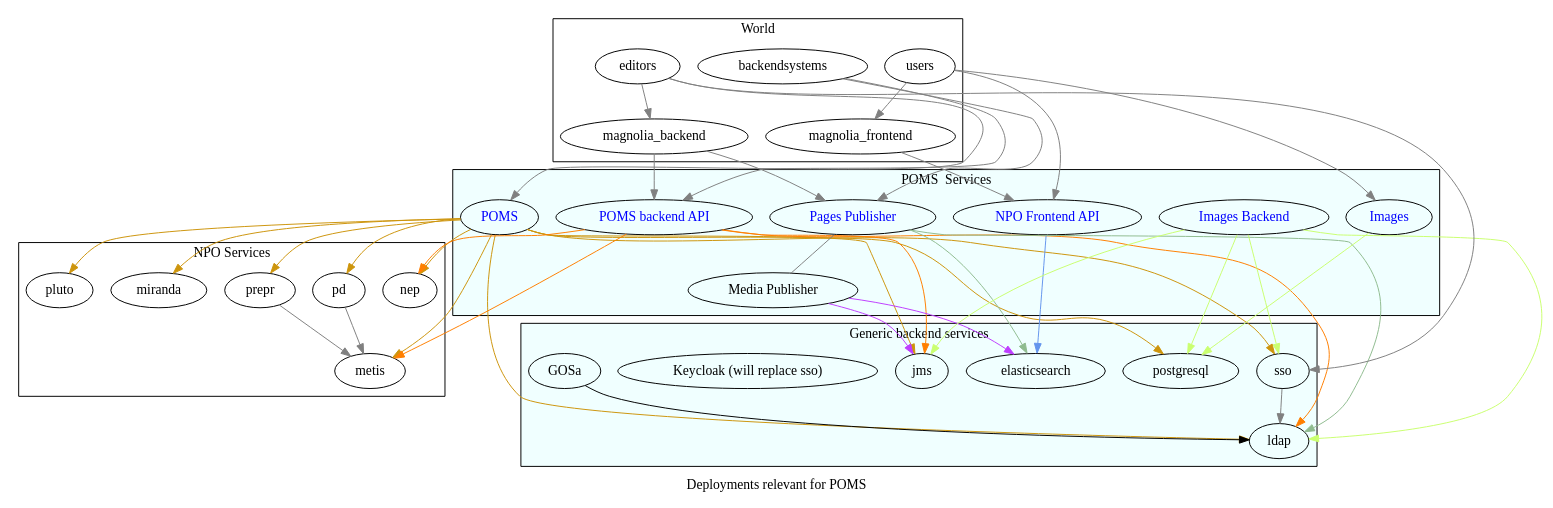
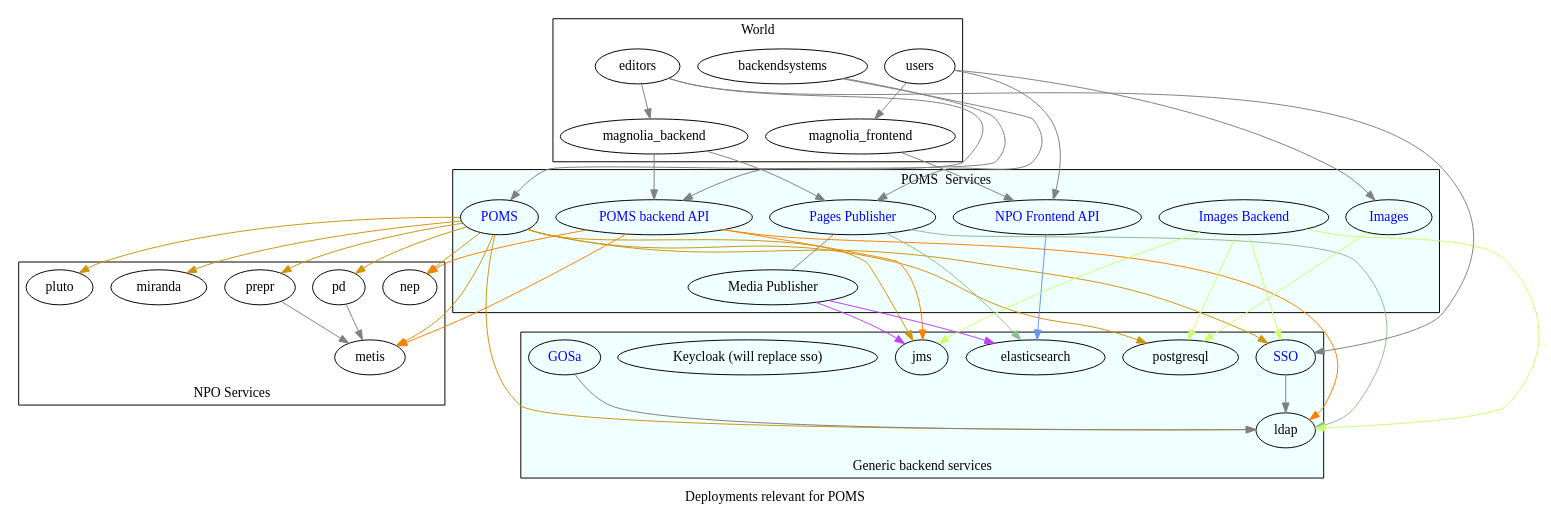
The diagram in poms-deployment.dot (npo-poms/poms-parent), drawn with Graphviz before and after one commit. The commit also changed 5 other files, not shown here.

```diff
--- a/poms-deployment.dot
+++ b/poms-deployment.dot
@@ -1,138 +1,145 @@
 digraph poms_universe {
 
 label="Deployments relevant for POMS"
+edge [
+      color=gray
+      ]
 
 poms [ label="POMS" href="https://poms.omroep.nl/" fontcolor=blue ]
 poms_backend [ label="POMS backend API" href="https://api.poms.omroep.nl/" fontcolor=blue ]
 api [ label = "NPO Frontend API" href="https://rs.poms.omroep.nl/" fontcolor=blue ]
 pages_publish [ label = "Pages Publisher"     href="https://publish.pages.omroep.nl/" fontcolor=blue ]
 media_publish [ label = "Media Publisher" ]
 images_frontend [ label = "Images" href="https://images.poms.omroep.nl" fontcolor=blue]
-images_backend [ label = "Images Backend" href="https://images-backend.poms.omroep.nl" fontcolor=blue ]
+images_backend [ label = "Images Backend" href="https://poms.omroep.nl/images/" fontcolor=blue ]
+
 
 subgraph cluster_0  {
   label="Generic backend services"
+  labelloc=b
+
   bgcolor=azure
   postgresql
   elasticsearch
-  sso
+  sso [ label="SSO" href="https://sso.omroep.nl" fontcolor=blue]
   jms
   ldap
   keycloak [ label = "Keycloak (will replace sso)" ]
-  gosa [ label="GOSa" href="https://admin.sso.omroep.nl/" ]
+  gosa [ label="GOSa" href="https://admin.sso.omroep.nl/" fontcolor=blue]
 }
 
 subgraph cluster_1  {
   label="VPRO"
   magnolia_frontend
   magnolia_backend
 }
 
 subgraph cluster_1  {
   label="World"
   users
   backendsystems
   editors
 }
 subgraph cluster_3  {
   label="POMS  Services"
   bgcolor=azure
   poms
   poms_backend
   pages_publish
   media_publish
   api
   images_frontend
   images_backend
 }
 
 subgraph cluster_4  {
   label="NPO Services"
+  labelloc=b
   metis
   pd
   prepr
   miranda
   pluto
   nep
 }
 
 editors -> {
   magnolia_backend
   poms
   sso
-}[color=gray]
+}
 
 users -> {
   magnolia_frontend
   api
   images_frontend
-}[color=gray]
+}
 
 backendsystems -> {
   poms_backend
   pages_publish
-}[color=gray]
+}
 
 poms -> {
   postgresql
   jms
   sso
   ldap
   miranda
   prepr
   pd
   metis
   pluto
   nep
 }[color=darkgoldenrod3]
 
 poms_backend -> {
   jms
   ldap
   metis
   ldap
   nep
 }[color=darkorange1]
 
 api -> {
   elasticsearch
 }[color=cornflowerblue]
 
 pages_publish-> {
   elasticsearch
   ldap
 }[color=darkseagreen]
 
 media_publish -> {
   elasticsearch
   jms
 }[color=darkorchid1]
-pages_publish -> media_publish[color=gray dir=none]
+pages_publish -> media_publish[dir=none]
 
 images_frontend -> {
   postgresql
 }[color=darkolivegreen1]
 images_backend -> {
   postgresql
   jms
   sso
   ldap
 }[color=darkolivegreen1]
 
 magnolia_backend -> {
   poms_backend
   pages_publish
-}[color=gray]
+}
 
 magnolia_frontend -> {
   api
-}[color=gray]
+}
 
-sso -> ldap[color=gray]
+sso -> ldap
 
-prepr -> metis[color=gray]
-pd -> metis[color=gray]
+prepr -> metis
+pd -> metis
 
 gosa -> ldap
 
 }
```
